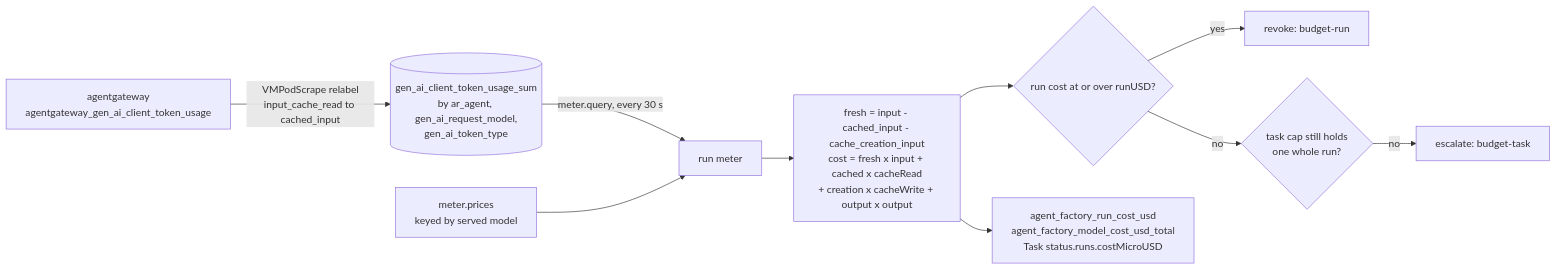
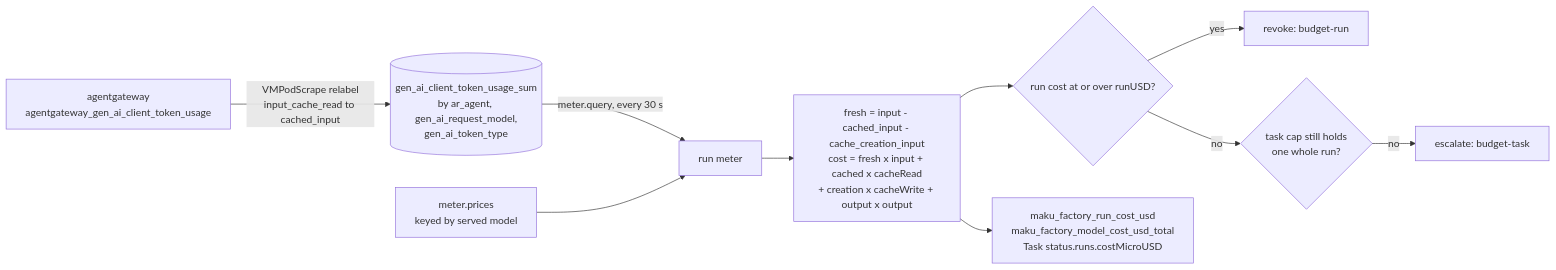
Before and after one commit to Smana/ai-native-ref: the fourth of 5 diagrams in website/content/docs/platform/ai-platform/routing.md, drawn with Mermaid. The commit also changed other lines of this file and 20 other files, not shown here.

````diff
--- a/website/content/docs/platform/ai-platform/routing.md
+++ b/website/content/docs/platform/ai-platform/routing.md
@@ -309,12 +309,12 @@
 ```mermaid
 flowchart LR
   GW["agentgateway<br/>agentgateway_gen_ai_client_token_usage"] -->|"VMPodScrape relabel<br/>input_cache_read to cached_input"| VM[("gen_ai_client_token_usage_sum<br/>by ar_agent, gen_ai_request_model,<br/>gen_ai_token_type")]
   VM -->|"meter.query, every 30 s"| M["run meter"]
   P["meter.prices<br/>keyed by served model"] --> M
   M --> F["fresh = input - cached_input - cache_creation_input<br/>cost = fresh x input + cached x cacheRead<br/>+ creation x cacheWrite + output x output"]
   F --> C1{"run cost at or over runUSD?"}
   C1 -->|"yes"| Rev["revoke: budget-run"]
   C1 -->|"no"| C2{"task cap still holds<br/>one whole run?"}
   C2 -->|"no"| Esc["escalate: budget-task"]
-  F --> Met["agent_factory_run_cost_usd<br/>agent_factory_model_cost_usd_total<br/>Task status.runs.costMicroUSD"]
+  F --> Met["maku_factory_run_cost_usd<br/>maku_factory_model_cost_usd_total<br/>Task status.runs.costMicroUSD"]
 ```
````
